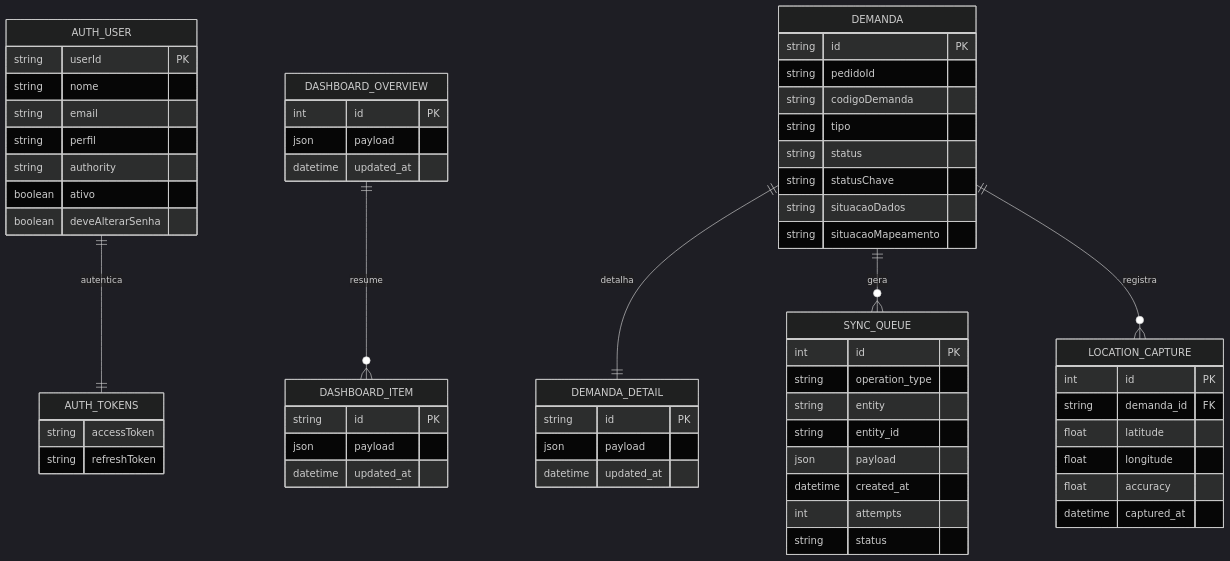
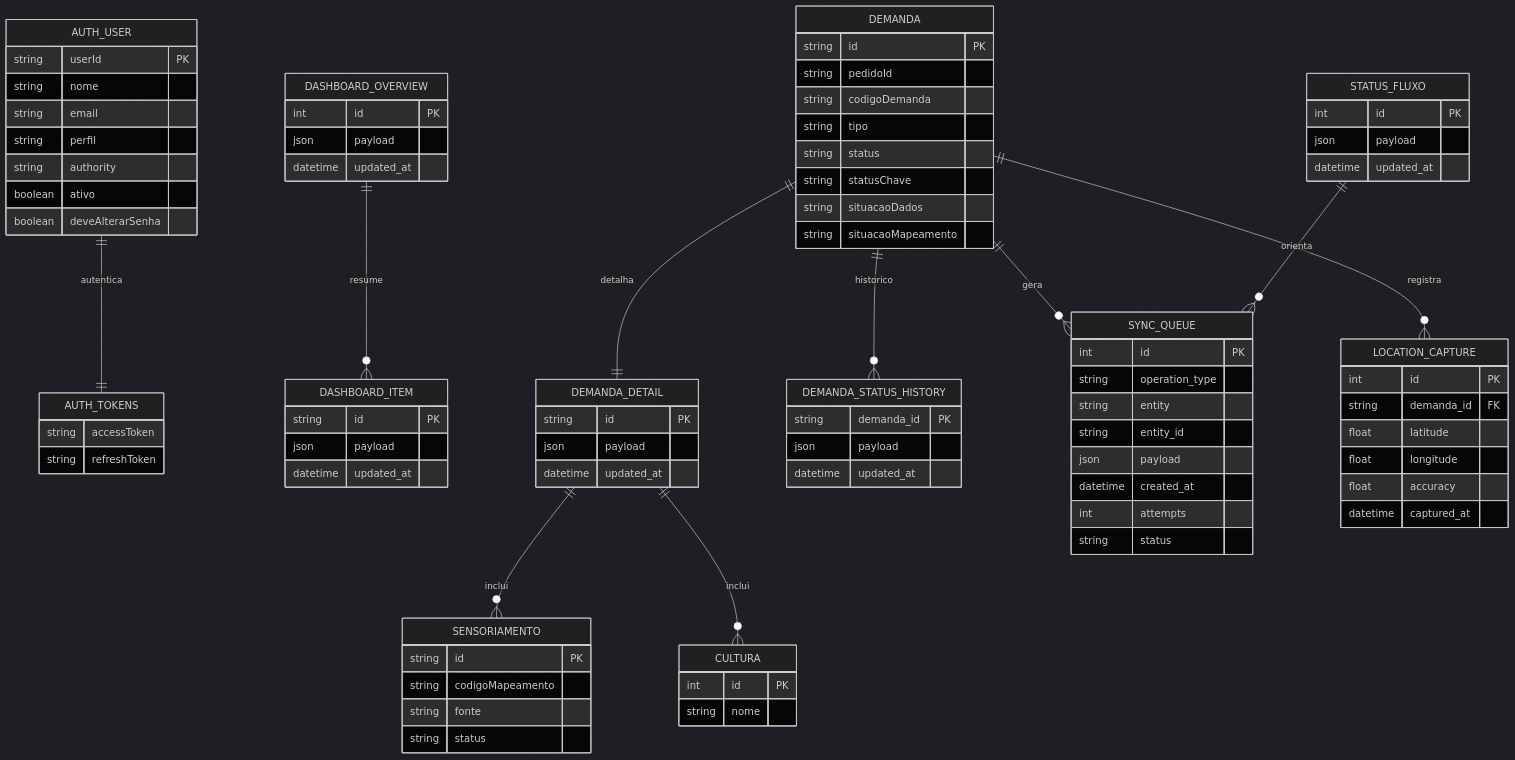
One commit to Joloano/auster-agx-mobile changed the diagram in README.md. Above: the diagram before and after it, drawn with Mermaid (dark theme). The commit also changed other lines of this file and 1 other file, not shown here.

Commit message:
documentação: registra a equivalência funcional com o AUSTER

```diff
--- a/README.md
+++ b/README.md
@@ -46,8 +48,12 @@
   AUTH_USER ||--|| AUTH_TOKENS : autentica
   DASHBOARD_OVERVIEW ||--o{ DASHBOARD_ITEM : resume
   DEMANDA ||--|| DEMANDA_DETAIL : detalha
+  DEMANDA ||--o{ DEMANDA_STATUS_HISTORY : historico
   DEMANDA ||--o{ SYNC_QUEUE : gera
   DEMANDA ||--o{ LOCATION_CAPTURE : registra
+  DEMANDA_DETAIL ||--o{ SENSORIAMENTO : inclui
+  DEMANDA_DETAIL ||--o{ CULTURA : inclui
+  STATUS_FLUXO ||--o{ SYNC_QUEUE : orienta
 
   AUTH_USER {
     string userId PK
@@ -93,6 +99,30 @@
     datetime updated_at
   }
 
+  DEMANDA_STATUS_HISTORY {
+    string demanda_id PK
+    json payload
+    datetime updated_at
+  }
+
+  STATUS_FLUXO {
+    int id PK
+    json payload
+    datetime updated_at
+  }
+
+  SENSORIAMENTO {
+    string id PK
+    string codigoMapeamento
+    string fonte
+    string status
+  }
+
+  CULTURA {
+    int id PK
+    string nome
+  }
+
   SYNC_QUEUE {
     int id PK
     string operation_type
```
